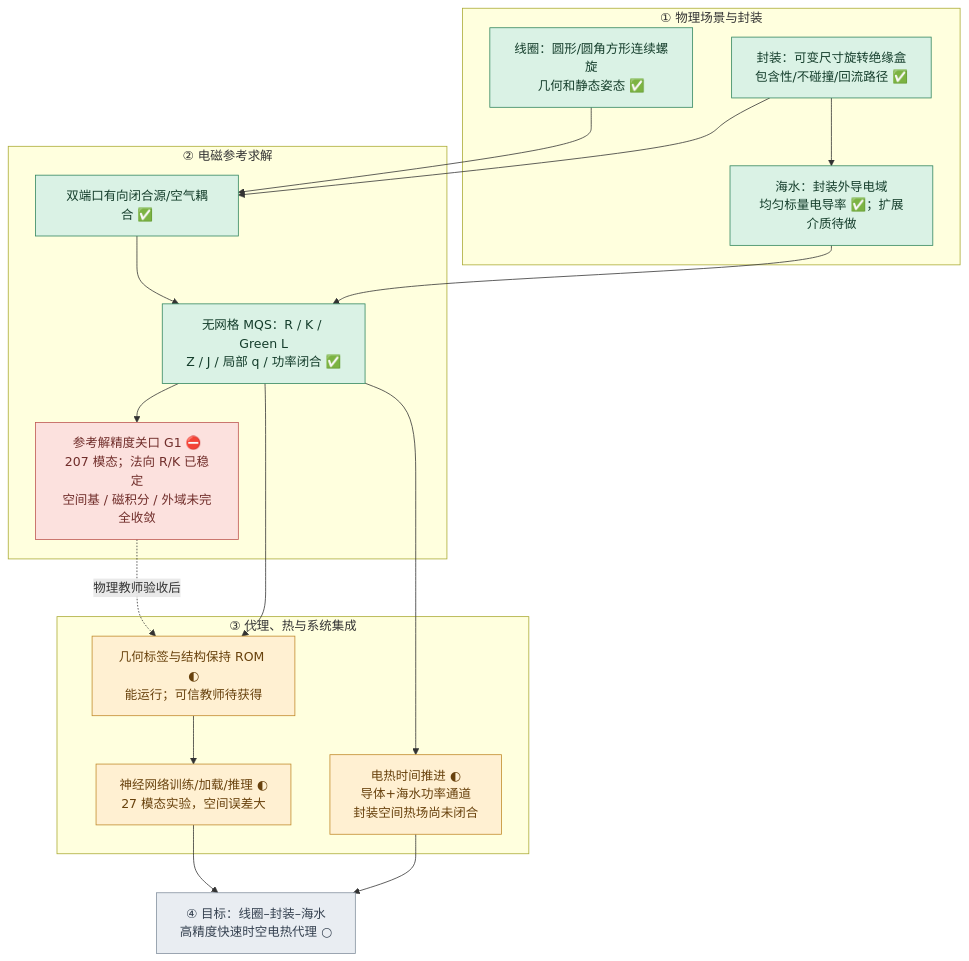
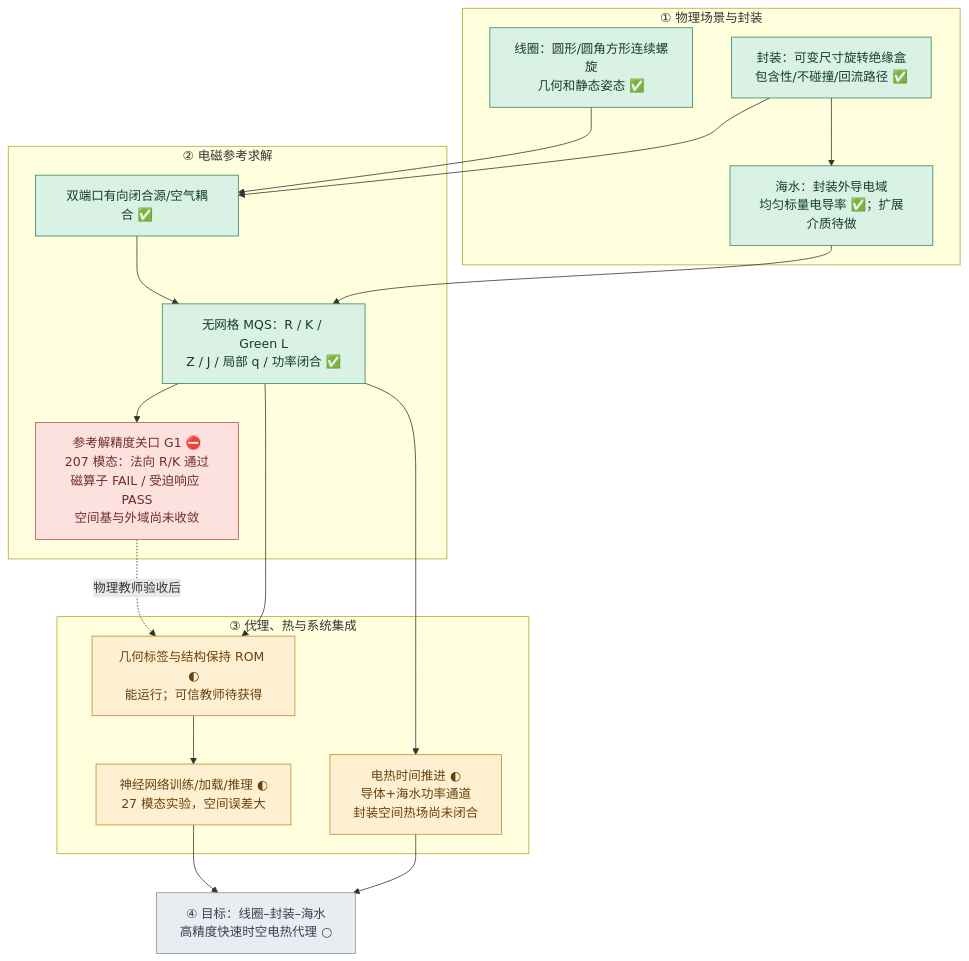
The first of 3 diagrams in docs/research/bfzi_uwpt_electrothermal/PROJECT_PROGRESS.md (AliceThunder/SDFMPNEO), drawn with Mermaid before and after one commit. The commit also changed other lines of this file, not shown here.

Commit message:
docs(BFZI): update progress graphs and gate statuses for measured 207 magnetic A/B and pending 229 targeted trial

````diff
--- a/docs/research/bfzi_uwpt_electrothermal/PROJECT_PROGRESS.md
+++ b/docs/research/bfzi_uwpt_electrothermal/PROJECT_PROGRESS.md
@@ -20,44 +20,44 @@
 ```mermaid
 flowchart TB
     subgraph PH["① 物理场景与封装"]
         C["线圈：圆形/圆角方形连续螺旋<br/>几何和静态姿态 ✅"]
         P["封装：可变尺寸旋转绝缘盒<br/>包含性/不碰撞/回流路径 ✅"]
         M["海水：封装外导电域<br/>均匀标量电导率 ✅；扩展介质待做"]
     end
 
     subgraph EM["② 电磁参考求解"]
         S["双端口有向闭合源/空气耦合 ✅"]
         E["无网格 MQS：R / K / Green L<br/>Z / J / 局部 q / 功率闭合 ✅"]
-        V["参考解精度关口 G1 ⛔<br/>207 模态；法向 R/K 已稳定<br/>空间基 / 磁积分 / 外域未完全收敛"]
+        V["参考解精度关口 G1 ⛔<br/>207 模态：法向 R/K 通过<br/>磁算子 FAIL / 受迫响应 PASS<br/>空间基与外域尚未收敛"]
     end
 
     subgraph FAST["③ 代理、热与系统集成"]
         D["几何标签与结构保持 ROM ◐<br/>能运行；可信教师待获得"]
         N["神经网络训练/加载/推理 ◐<br/>27 模态实验，空间误差大"]
         T["电热时间推进 ◐<br/>导体+海水功率通道<br/>封装空间热场尚未闭合"]
     end
 
     F["④ 目标：线圈–封装–海水<br/>高精度快速时空电热代理 ○"]
 
     C --> S
     P --> S
     P --> M
     M --> E
     S --> E
     E --> V
     E --> D
     V -. "物理教师验收后" .-> D
     D --> N
     E --> T
     N --> F
     T --> F
 
     classDef done fill:#daf2e5,stroke:#30855e,color:#143d2b
     classDef doing fill:#fff0d2,stroke:#c18a2a,color:#68410c
     classDef blocked fill:#fce1de,stroke:#bd5651,color:#702d2a
     classDef future fill:#e9edf2,stroke:#83909e,color:#354150
     class C,P,M,S,E done
     class D,N,T doing
     class V blocked
     class F future
 ```
````
